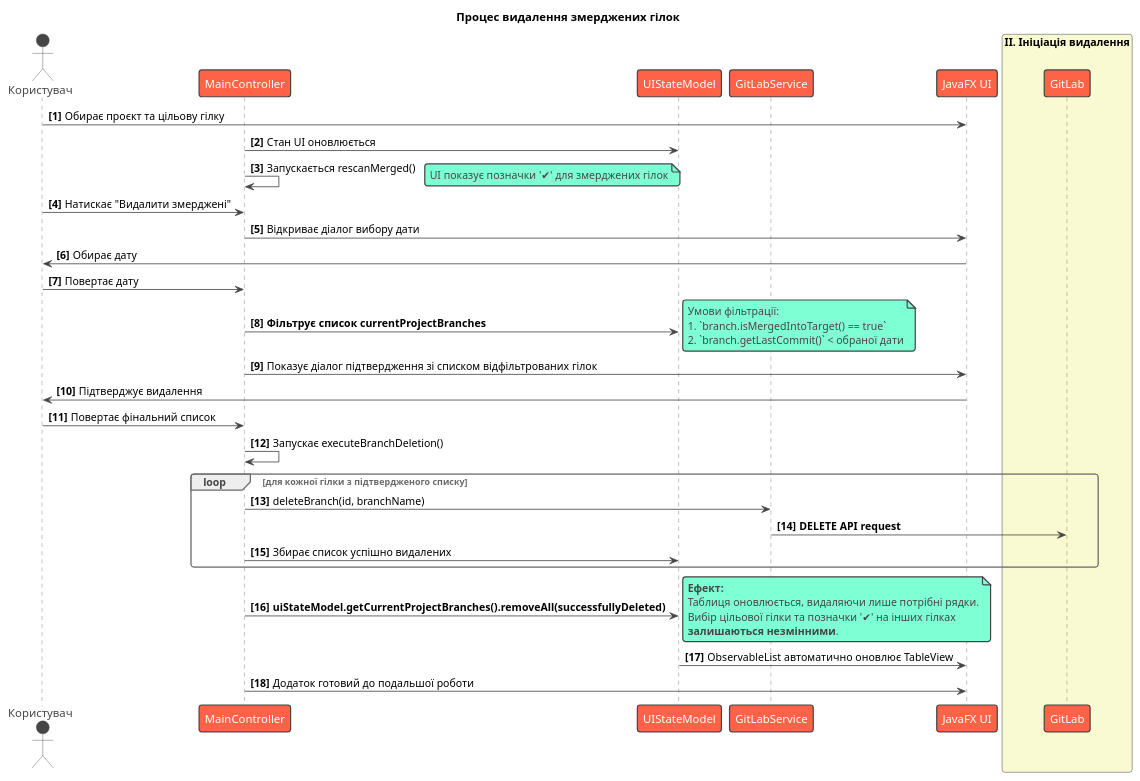
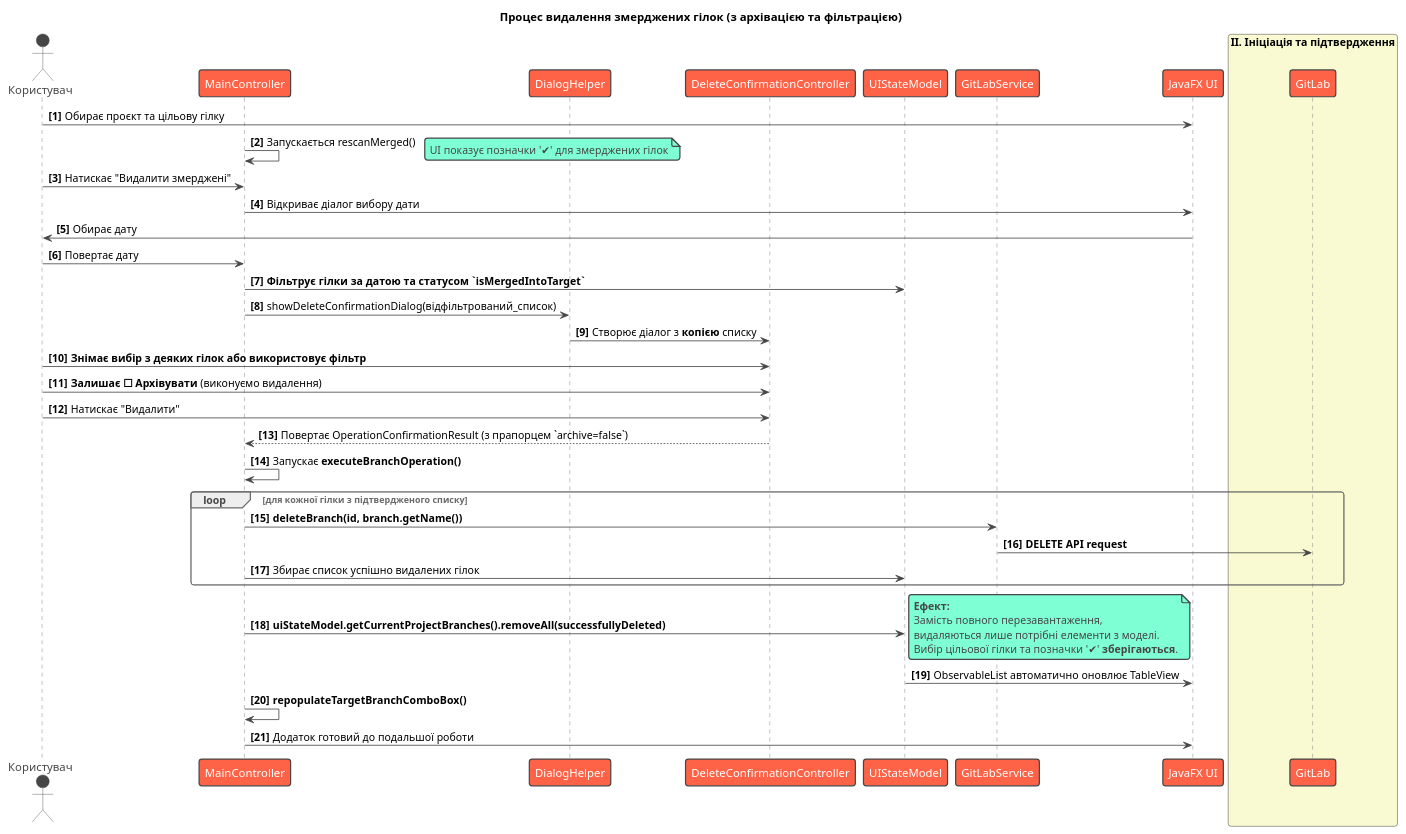
Before and after one commit to pashkazp/gitlaberfx: the diagram in src/main/docs/delete_merged.puml, drawn with PlantUML. The commit also changed 10 other files, not shown here.

Commit message:
Remove technical spec for GitLab Branch Manager and update branch operation diagrams to include archiving functionality. Update README and documentation with support for branch archiving and filtering by regex.

```diff
--- a/src/main/docs/delete_merged.puml
+++ b/src/main/docs/delete_merged.puml
@@ -1,58 +1,60 @@
 @startuml
 !theme vibrant
-title Процес видалення змерджених гілок
+title Процес видалення змерджених гілок (з архівацією та фільтрацією)
 
 actor Користувач as User
 participant "MainController" as Controller
+participant "DialogHelper" as Helper
+participant "DeleteConfirmationController" as Dialog
 participant "UIStateModel" as Model
 participant "GitLabService" as Service
 participant "JavaFX UI" as UI
 
 autonumber "<b>[0]"
 
 box "I. Підготовка" #LightCyan
     User -> UI: Обирає проєкт та цільову гілку
-    Controller -> Model: Стан UI оновлюється
     Controller -> Controller: Запускається rescanMerged()
     note right: UI показує позначки '✔' для змерджених гілок
 end box
 
-box "II. Ініціація видалення" #LightGoldenRodYellow
+box "II. Ініціація та підтвердження" #LightGoldenRodYellow
     User -> Controller: Натискає "Видалити змерджені"
     Controller -> UI: Відкриває діалог вибору дати
     UI -> User: Обирає дату
     User -> Controller: Повертає дату
 
-    Controller -> Model: **Фільтрує список currentProjectBranches**
-    note right
-        Умови фільтрації:
-        1. `branch.isMergedIntoTarget() == true`
-        2. `branch.getLastCommit()` < обраної дати
-    end note
+    Controller -> Model: **Фільтрує гілки за датою та статусом `isMergedIntoTarget`**
 
-    Controller -> UI: Показує діалог підтвердження зі списком відфільтрованих гілок
-    UI -> User: Підтверджує видалення
-    User -> Controller: Повертає фінальний список
+    Controller -> Helper: showDeleteConfirmationDialog(відфільтрований_список)
+    Helper -> Dialog: Створює діалог з **копією** списку
 
-    Controller -> Controller: Запускає executeBranchDeletion()
+    User -> Dialog: **Знімає вибір з деяких гілок або використовує фільтр**
+    User -> Dialog: **Залишає ☐ Архівувати** (виконуємо видалення)
+    User -> Dialog: Натискає "Видалити"
+    Dialog --> Controller: Повертає OperationConfirmationResult (з прапорцем `archive=false`)
+
+    Controller -> Controller: Запускає **executeBranchOperation()**
     loop для кожної гілки з підтвердженого списку
-        Controller -> Service: deleteBranch(id, branchName)
+        Controller -> Service: **deleteBranch(id, branch.getName())**
         Service -> GitLab: **DELETE API request**
-        Controller -> Model: Збирає список успішно видалених
+        Controller -> Model: Збирає список успішно видалених гілок
     end
 end box
 
 box "III. Елегантне оновлення UI" #LightGreen
     Controller -> Model: **uiStateModel.getCurrentProjectBranches().removeAll(successfullyDeleted)**
     note right
         **Ефект:**
-        Таблиця оновлюється, видаляючи лише потрібні рядки.
-        Вибір цільової гілки та позначки '✔' на інших гілках
-        **залишаються незмінними**.
+        Замість повного перезавантаження,
+        видаляються лише потрібні елементи з моделі.
+        Вибір цільової гілки та позначки '✔' **зберігаються**.
     end note
 
     Model -> UI: ObservableList автоматично оновлює TableView
+    Controller -> Controller: **repopulateTargetBranchComboBox()**
+
     Controller -> UI: Додаток готовий до подальшої роботи
 end box
 
 @enduml
```
